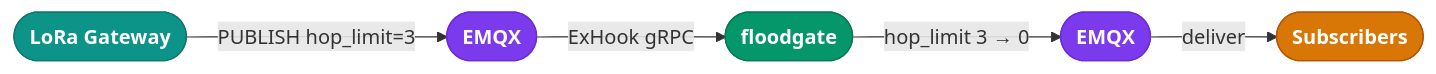
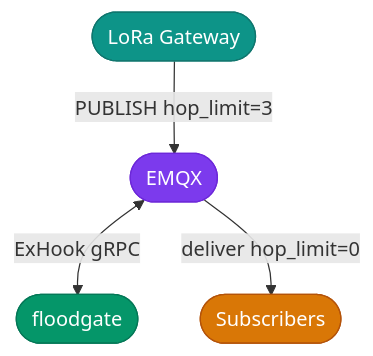
The diagram in README.md (eric-becker/floodgate), drawn with Mermaid before and after one commit.

Commit message:
docs: simplify architecture diagram — TD layout, 4 nodes, EMQX as hub

````diff
--- a/README.md
+++ b/README.md
@@ -15,19 +15,16 @@
 ```mermaid
-flowchart LR
+flowchart TD
     GW(["LoRa Gateway"])
-    E1(["EMQX"])
+    EMQX(["EMQX"])
     FG(["floodgate"])
-    E2(["EMQX"])
-    SB(["Subscribers"])
+    SUB(["Subscribers"])
 
-    GW -->|"PUBLISH  hop_limit=3"| E1
-    E1 -->|"ExHook  gRPC"| FG
-    FG -->|"hop_limit  3 → 0"| E2
-    E2 -->|"deliver"| SB
+    GW   -->|"PUBLISH  hop_limit=3"| EMQX
+    EMQX <-->|"ExHook gRPC"| FG
+    EMQX -->|"deliver  hop_limit=0"| SUB
 
-    style GW fill:#0d9488,stroke:#0f766e,color:#ffffff,font-weight:bold
-    style E1 fill:#7c3aed,stroke:#6d28d9,color:#ffffff,font-weight:bold
-    style FG fill:#059669,stroke:#047857,color:#ffffff,font-weight:bold
-    style E2 fill:#7c3aed,stroke:#6d28d9,color:#ffffff,font-weight:bold
-    style SB fill:#d97706,stroke:#b45309,color:#ffffff,font-weight:bold
+    style GW   fill:#0d9488,stroke:#0f766e,color:#fff
+    style EMQX fill:#7c3aed,stroke:#6d28d9,color:#fff
+    style FG   fill:#059669,stroke:#047857,color:#fff
+    style SUB  fill:#d97706,stroke:#b45309,color:#fff
 ```
````
